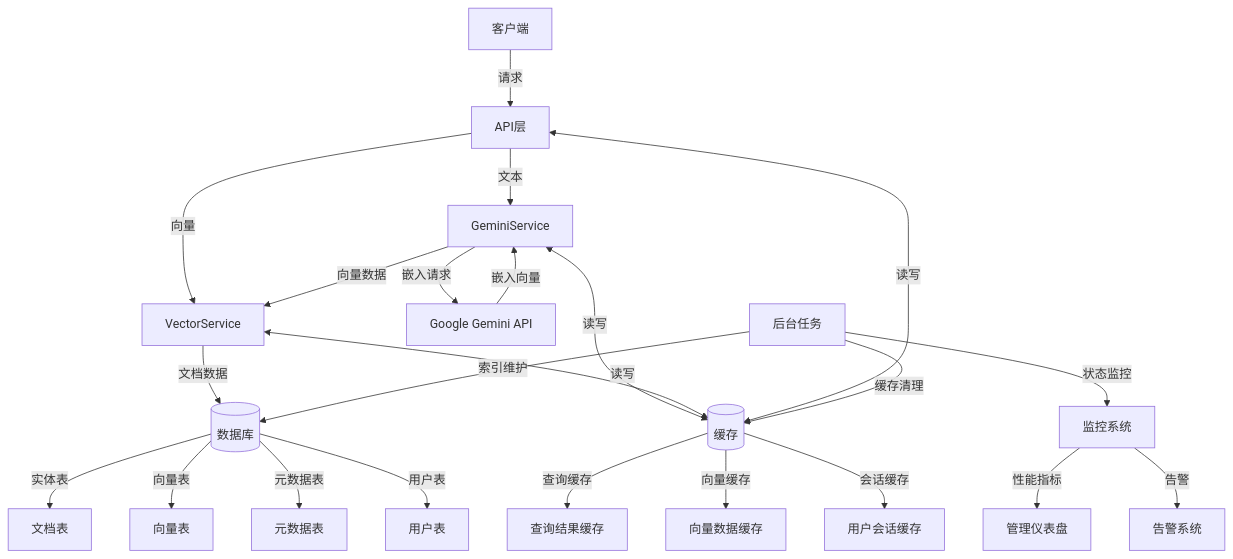
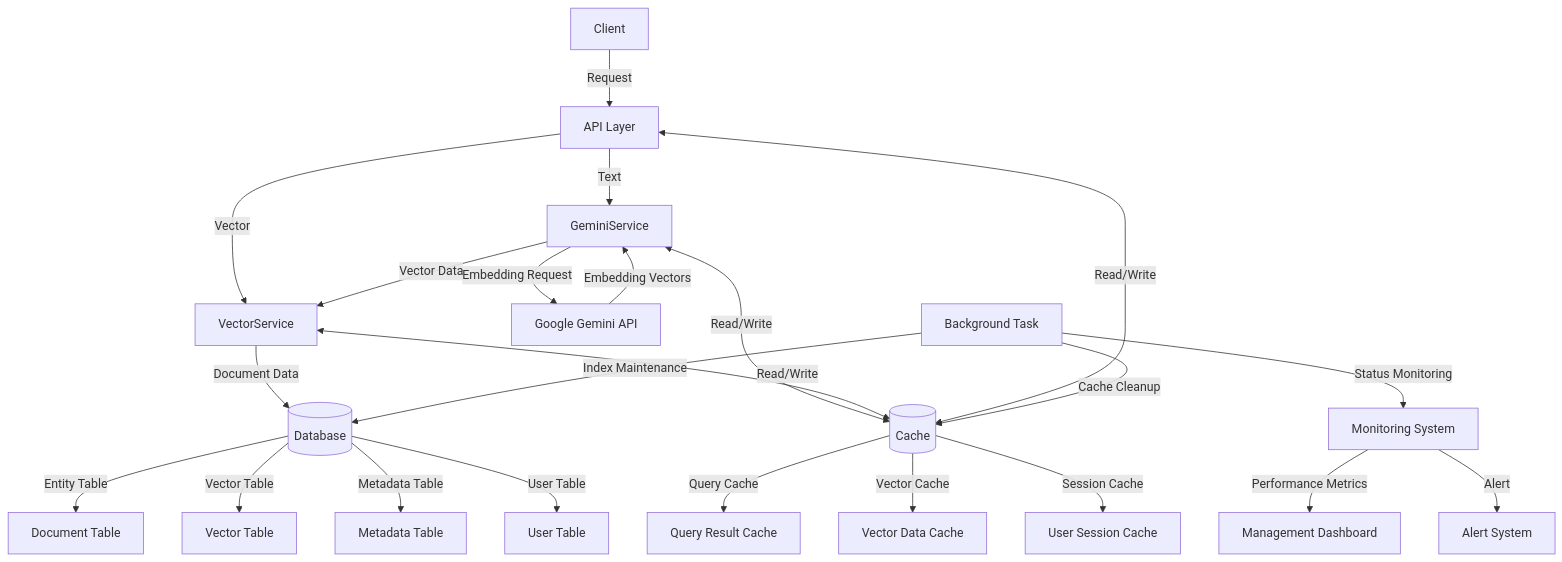
Before and after one commit to zking2000/gemini-vector-search: the tenth of 10 diagrams in README.md, drawn with Mermaid. The commit also changed other lines of this file and 13 other files, not shown here.

````diff
--- a/README.md
+++ b/README.md
@@ -933,38 +924,38 @@
 ```mermaid
 graph TB
-    %% 主要数据流
-    Client[客户端] -->|请求| API[API层]
-    API -->|文本| GS[GeminiService]
-    API -->|向量| VS[VectorService]
+    %% Main Data Flow
+    Client[Client] -->|Request| API[API Layer]
+    API -->|Text| GS[GeminiService]
+    API -->|Vector| VS[VectorService]
     
-    %% 服务层数据流
-    GS -->|嵌入请求| Google[Google Gemini API]
-    Google -->|嵌入向量| GS
-    GS -->|向量数据| VS
-    VS -->|文档数据| DB[(数据库)]
+    %% Service Layer Data Flow
+    GS -->|Embedding Request| Google[Google Gemini API]
+    Google -->|Embedding Vectors| GS
+    GS -->|Vector Data| VS
+    VS -->|Document Data| DB[(Database)]
     
-    %% 数据库层结构
-    DB -->|实体表| DB1[文档表]
-    DB -->|向量表| DB2[向量表]
-    DB -->|元数据表| DB3[元数据表]
-    DB -->|用户表| DB4[用户表]
+    %% Database Layer Structure
+    DB -->|Entity Table| DB1[Document Table]
+    DB -->|Vector Table| DB2[Vector Table]
+    DB -->|Metadata Table| DB3[Metadata Table]
+    DB -->|User Table| DB4[User Table]
     
-    %% 缓存层结构
-    Cache[(缓存)] -->|查询缓存| C1[查询结果缓存]
-    Cache -->|向量缓存| C2[向量数据缓存]
-    Cache -->|会话缓存| C3[用户会话缓存]
+    %% Cache Layer Structure
+    Cache[(Cache)] -->|Query Cache| C1[Query Result Cache]
+    Cache -->|Vector Cache| C2[Vector Data Cache]
+    Cache -->|Session Cache| C3[User Session Cache]
     
-    %% 服务与缓存交互
-    GS <-->|读写| Cache
-    VS <-->|读写| Cache
-    API <-->|读写| Cache
+    %% Service and Cache Interactions
+    GS <-->|Read/Write| Cache
+    VS <-->|Read/Write| Cache
+    API <-->|Read/Write| Cache
     
-    %% 后台任务
-    Task[后台任务] -->|索引维护| DB
-    Task -->|缓存清理| Cache
-    Task -->|状态监控| Monitor[监控系统]
+    %% Background Task
+    Task[Background Task] -->|Index Maintenance| DB
+    Task -->|Cache Cleanup| Cache
+    Task -->|Status Monitoring| Monitor[Monitoring System]
     
-    %% 监控流
-    Monitor -->|性能指标| Dashboard[管理仪表盘]
-    Monitor -->|告警| Alert[告警系统]
+    %% Monitoring Flow
+    Monitor -->|Performance Metrics| Dashboard[Management Dashboard]
+    Monitor -->|Alert| Alert[Alert System]
 ``` 
````
